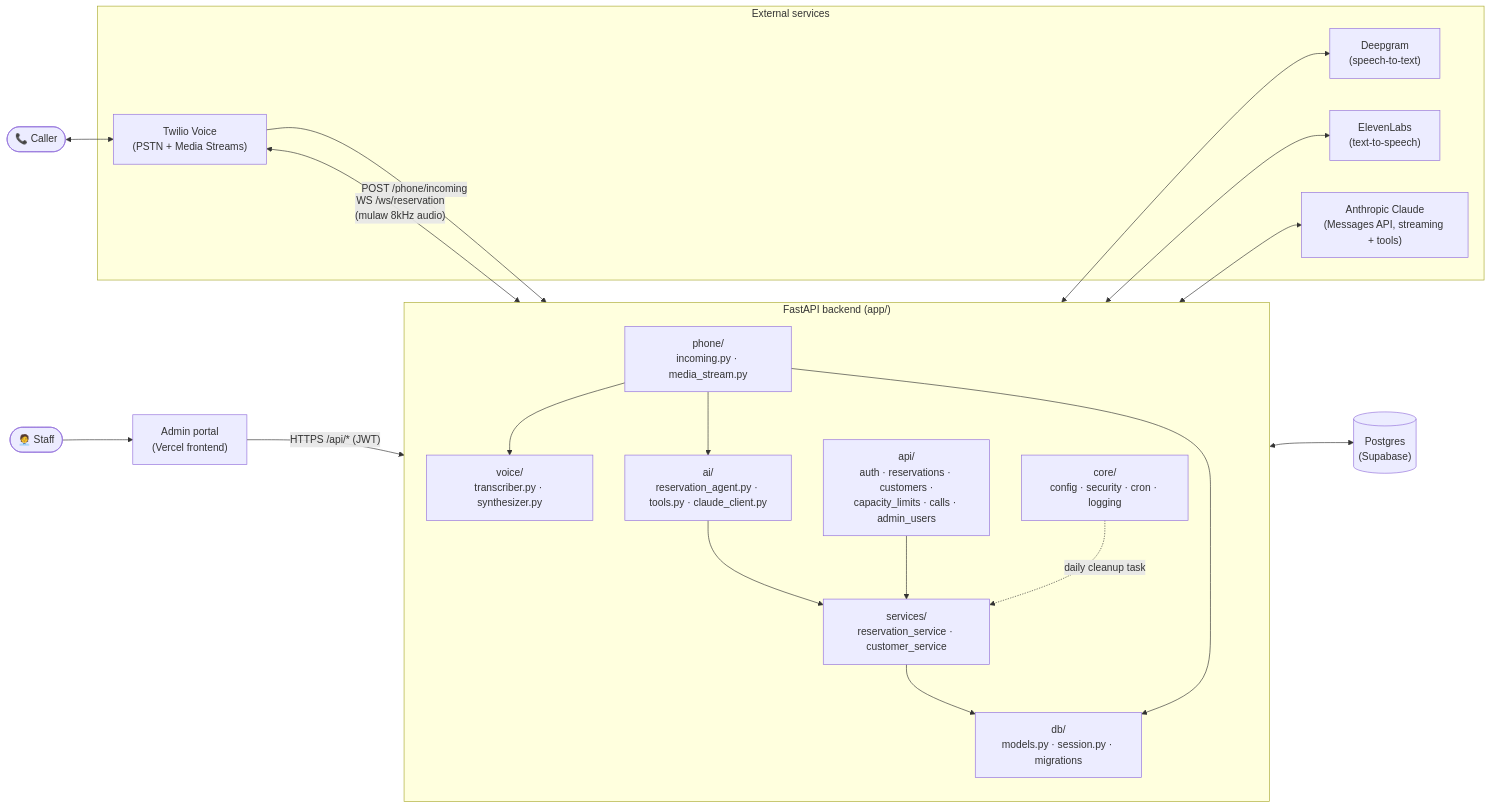
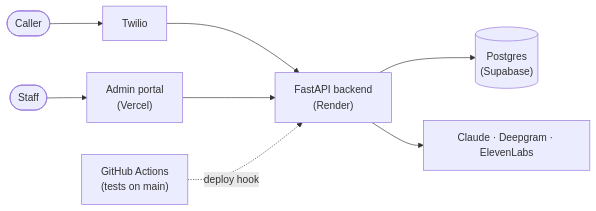
Before and after one commit to bilitixi/AIphoneBooking: the diagram in README.md, drawn with Mermaid. The commit also changed other lines of this file, not shown here.

First line of the commit message:
Simplify README architecture to a single deployment diagram

````diff
--- a/README.md
+++ b/README.md
@@ -14,46 +9,13 @@
 ```mermaid
 flowchart LR
-    caller(["📞 Caller"])
-    staff(["🧑‍💼 Staff"])
+    caller(["Caller"]) --> twilio["Twilio"]
+    staff(["Staff"]) --> admin["Admin portal<br/>(Vercel)"]
 
-    subgraph external["External services"]
-        twilio["Twilio Voice<br/>(PSTN + Media Streams)"]
-        deepgram["Deepgram<br/>(speech-to-text)"]
-        eleven["ElevenLabs<br/>(text-to-speech)"]
-        claude["Anthropic Claude<br/>(Messages API, streaming + tools)"]
-    end
+    twilio --> backend["FastAPI backend<br/>(Render)"]
+    admin --> backend
 
-    admin["Admin portal<br/>(Vercel frontend)"]
+    backend --> db[("Postgres<br/>(Supabase)")]
+    backend --> ai["Claude · Deepgram · ElevenLabs"]
 
-    subgraph backend["FastAPI backend (app/)"]
-        direction TB
-        phone["phone/<br/>incoming.py · media_stream.py"]
-        voice["voice/<br/>transcriber.py · synthesizer.py"]
-        ai["ai/<br/>reservation_agent.py · tools.py · claude_client.py"]
-        api["api/<br/>auth · reservations · customers ·<br/>capacity_limits · calls · admin_users"]
-        services["services/<br/>reservation_service · customer_service"]
-        core["core/<br/>config · security · cron · logging"]
-        db_layer["db/<br/>models.py · session.py · migrations"]
-    end
-
-    pg[("Postgres<br/>(Supabase)")]
-
-    caller <--> twilio
-    twilio -- "POST /phone/incoming" --> phone
-    twilio <-->|"WS /ws/reservation<br/>(mulaw 8kHz audio)"| phone
-    phone --> voice
-    voice <--> deepgram
-    voice <--> eleven
-    phone --> ai
-    ai <--> claude
-    ai --> services
-
-    staff --> admin
-    admin -- "HTTPS /api/* (JWT)" --> api
-    api --> services
-
-    services --> db_layer
-    phone --> db_layer
-    core -. "daily cleanup task" .-> services
-    db_layer <--> pg
+    github["GitHub Actions<br/>(tests on main)"] -. "deploy hook" .-> backend
 ```
````
